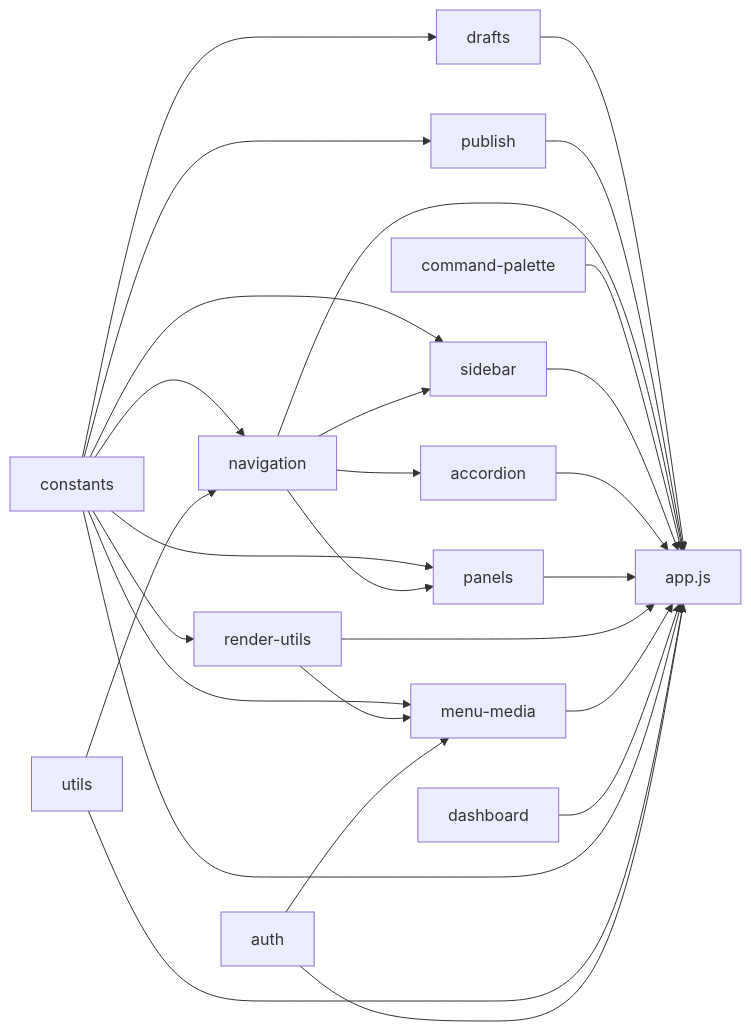
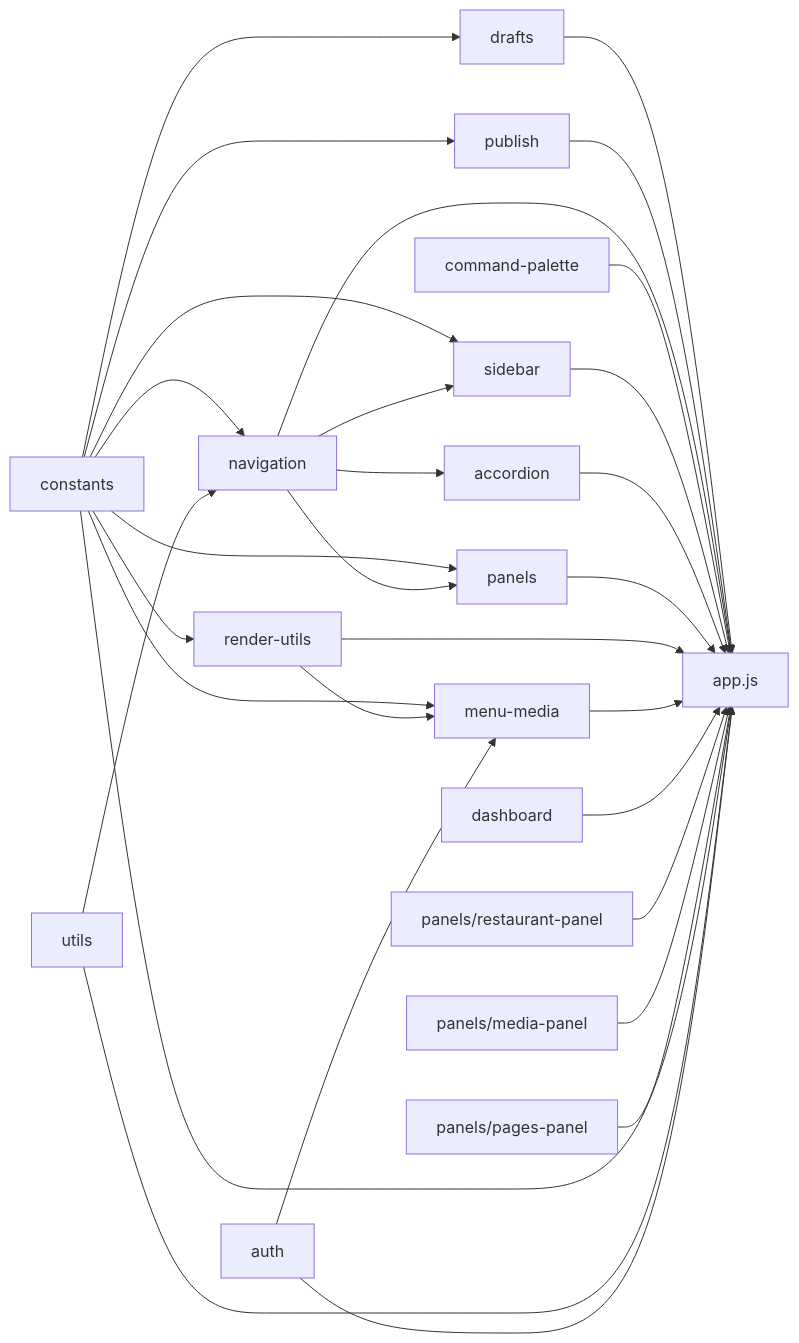
The diagram in docs/developers/admin/admin-modules.md (AlbertUrena/figata), drawn with Mermaid before and after one commit. The commit also changed other lines of this file and 33 other files, not shown here.

````diff
--- a/docs/developers/admin/admin-modules.md
+++ b/docs/developers/admin/admin-modules.md
@@ -29,33 +29,36 @@
 ```mermaid
 graph LR
   constants --> drafts
   constants --> publish
   constants --> sidebar
   constants --> panels
   constants --> renderUtils[render-utils]
   constants --> menuMedia[menu-media]
   constants --> navigation
 
   utils --> navigation
 
   navigation --> sidebar
   navigation --> accordion
   navigation --> panels
 
   renderUtils --> menuMedia
   auth --> menuMedia
 
   drafts --> APP[app.js]
   publish --> APP
   navigation --> APP
   commandPalette[command-palette] --> APP
   sidebar --> APP
   accordion --> APP
   panels --> APP
   renderUtils --> APP
   menuMedia --> APP
   dashboard --> APP
+  restaurantPanel[panels/restaurant-panel] --> APP
+  mediaPanel[panels/media-panel] --> APP
+  pagesPanel[panels/pages-panel] --> APP
   constants --> APP
   utils --> APP
   auth --> APP
 ```
````
